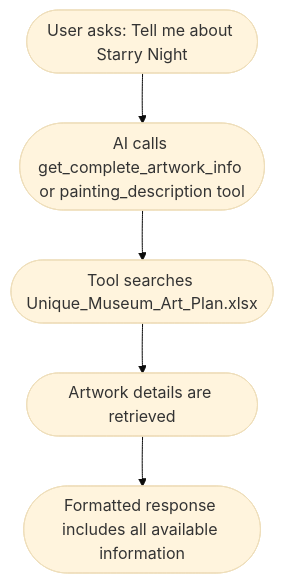
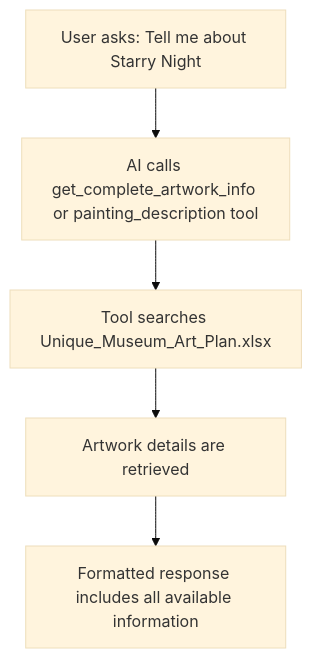
Before and after one commit to chaitanyasaiyerra/Musuem-chatbot: the ninth of 15 diagrams in STEP_BY_STEP_GUIDE.md, drawn with Mermaid (base theme). The commit also changed other lines of this file and 1 other file, not shown here.

Commit message:
docs: wrap mermaid nodes in standard boxes with quotes to prevent text wrapping

````diff
--- a/STEP_BY_STEP_GUIDE.md
+++ b/STEP_BY_STEP_GUIDE.md
@@ -147,7 +147,7 @@
 ```mermaid
 graph TD
-    A([User asks: Tell me about Starry Night]) --> B([AI calls get_complete_artwork_info or painting_description tool])
-    B --> C([Tool searches Unique_Museum_Art_Plan.xlsx])
-    C --> D([Artwork details are retrieved])
-    D --> E([Formatted response includes all available information])
+    A["User asks: Tell me about Starry Night"] --> B["AI calls get_complete_artwork_info or painting_description tool"]
+    B --> C["Tool searches Unique_Museum_Art_Plan.xlsx"]
+    C --> D["Artwork details are retrieved"]
+    D --> E["Formatted response includes all available information"]
 ```
````
